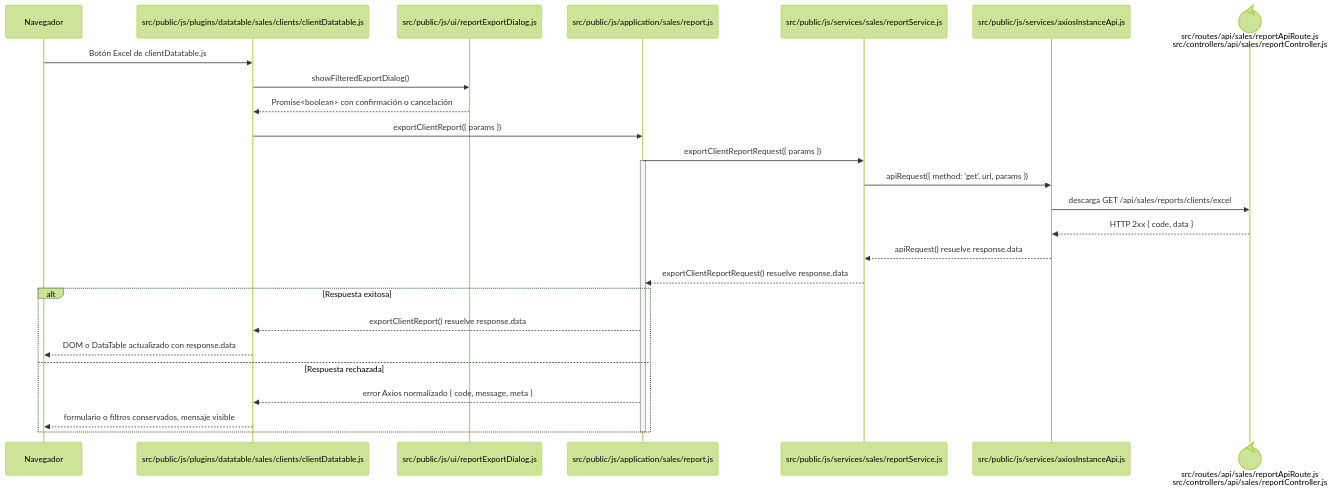
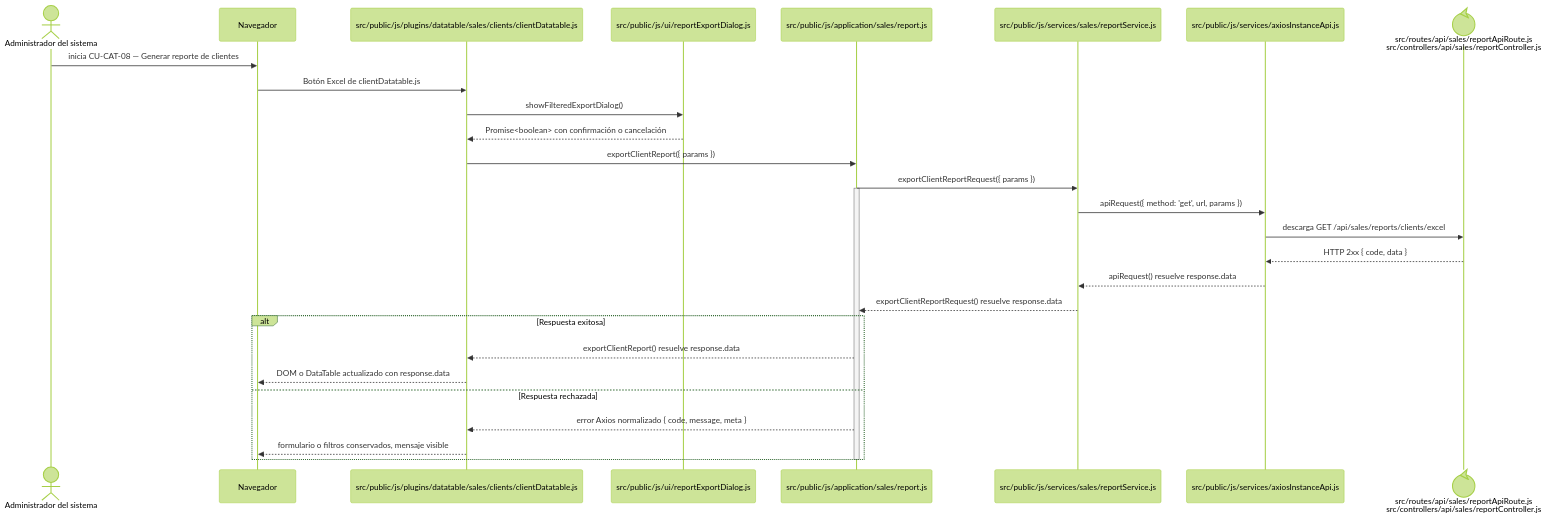
The diagram in docs/architecture/frontend-code-sequences/catalogs/cu-cat-08.md (gpgsistemas01/nexus), drawn with Mermaid (forest theme) before and after one commit. The commit also changed 105 other files, not shown here.

````diff
--- a/docs/architecture/frontend-code-sequences/catalogs/cu-cat-08.md
+++ b/docs/architecture/frontend-code-sequences/catalogs/cu-cat-08.md
@@ -6,30 +6,32 @@
 ```mermaid
 sequenceDiagram
+    actor Initiator as Administrador del sistema
     participant Browser as Navegador
     participant View as src/public/js/plugins/datatable/sales/clients/clientDatatable.js
     participant Dialog as src/public/js/ui/reportExportDialog.js
     participant Application as src/public/js/application/sales/report.js
     participant Request as src/public/js/services/sales/reportService.js
     participant HTTP as src/public/js/services/axiosInstanceApi.js
     participant Transport@{ "type": "control" } as src/routes/api/sales/reportApiRoute.js<br/>src/controllers/api/sales/reportController.js
 
+    Initiator->>Browser: inicia CU-CAT-08 — Generar reporte de clientes
     Browser->>View: Botón Excel de clientDatatable.js
     View->>Dialog: showFilteredExportDialog()
     Dialog-->>View: Promise<boolean> con confirmación o cancelación
     View->>Application: exportClientReport({ params })
     Application->>Request: exportClientReportRequest({ params })
     activate Application
     Request->>HTTP: apiRequest({ method: 'get', url, params })
     HTTP->>Transport: descarga GET /api/sales/reports/clients/excel
     Transport-->>HTTP: HTTP 2xx { code, data }
     HTTP-->>Request: apiRequest() resuelve response.data
     Request-->>Application: exportClientReportRequest() resuelve response.data
     alt Respuesta exitosa
         Application-->>View: exportClientReport() resuelve response.data
         View-->>Browser: DOM o DataTable actualizado con response.data
     else Respuesta rechazada
         Application-->>View: error Axios normalizado { code, message, meta }
         View-->>Browser: formulario o filtros conservados, mensaje visible
     end
     deactivate Application
 ```
````
